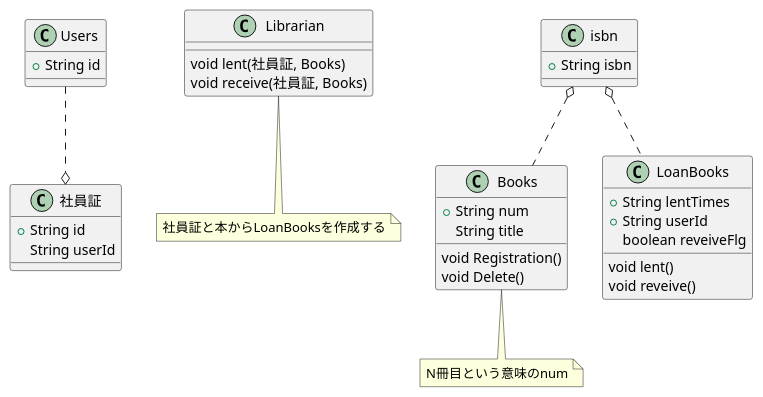
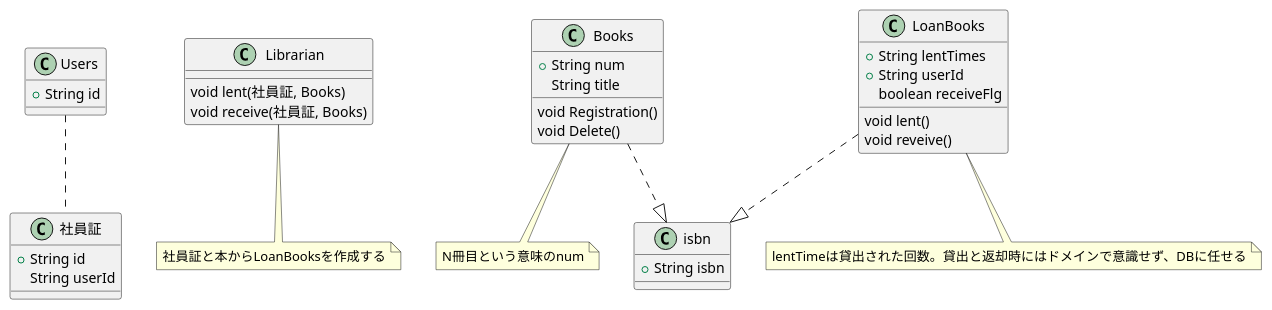
Before and after one commit to JORI-RT/DDD: the diagram in homework/10th/mizukami.md, drawn with PlantUML.

Commit message:
よくわからないUMLになっていたので修正

````diff
--- a/homework/10th/mizukami.md
+++ b/homework/10th/mizukami.md
@@ -49,44 +49,47 @@
 ```puml
 @startuml
 class Users{
   + String id
 }
 class 社員証 {
   + String id
   String userId
 }
-Users ..o 社員証
+Users .. 社員証
 
 class Librarian {
   void lent(社員証, Books)
   void receive(社員証, Books)
 }
 
 note "社員証と本からLoanBooksを作成する" as N1
 Librarian .. N1
 
 class isbn{
 + String isbn
 }
 
-isbn o.. Books
-isbn o.. LoanBooks
+Books ..|> isbn
+LoanBooks ..|> isbn
 
 class Books{
   + String num
   String title
   void Registration()
   void Delete()
 }
 note "N冊目という意味のnum" as N2
 Books .. N2
 
 class LoanBooks{
   + String lentTimes
   + String userId
-  boolean reveiveFlg
+  boolean receiveFlg
   void lent()
   void reveive()
 }
+
+note "lentTimeは貸出された回数。貸出と返却時にはドメインで意識せず、DBに任せる" as N3
+LoanBooks ..N3
 @enduml
 ```
````
